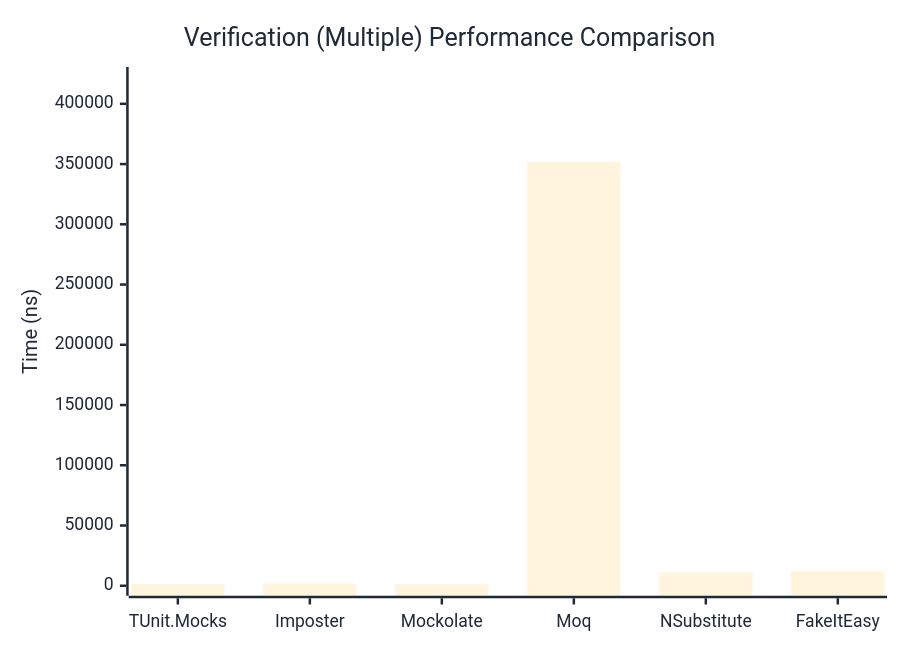
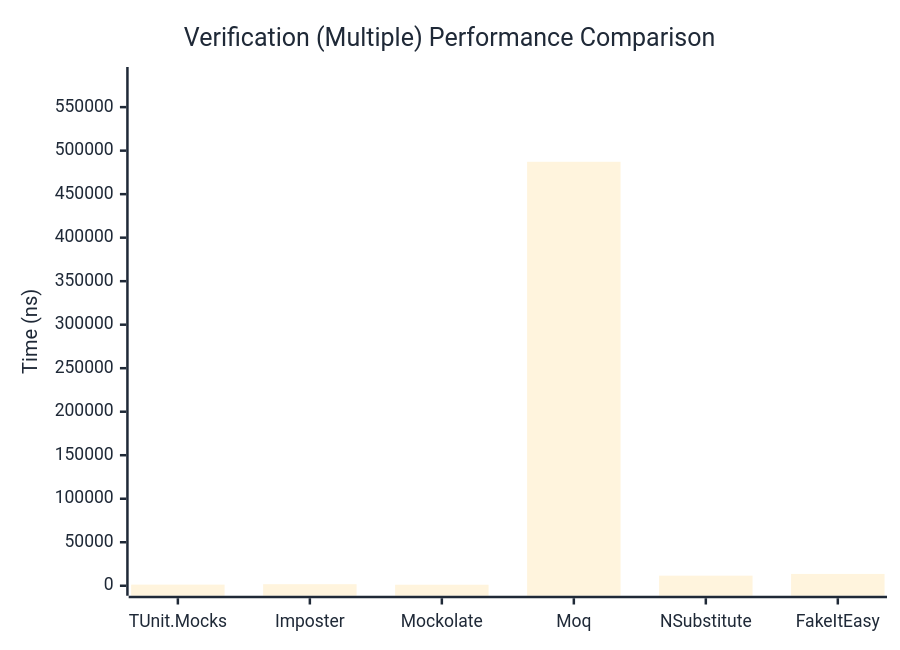
The third of 3 diagrams in docs/docs/benchmarks/mocks/Verification.md (thomhurst/TUnit), drawn with Mermaid before and after one commit. The commit also changed other lines of this file and 14 other files, not shown here.

````diff
--- a/docs/docs/benchmarks/mocks/Verification.md
+++ b/docs/docs/benchmarks/mocks/Verification.md
@@ -112,27 +112,27 @@
 ```mermaid
 %%{init: {
   'theme':'base',
   'themeVariables': {
     'primaryColor': '#2563eb',
     'primaryTextColor': '#1f2937',
     'primaryBorderColor': '#1e40af',
     'lineColor': '#6b7280',
     'secondaryColor': '#7c3aed',
     'tertiaryColor': '#dc2626',
     'background': '#ffffff',
     'pie1': '#2563eb',
     'pie2': '#7c3aed',
     'pie3': '#dc2626',
     'pie4': '#f59e0b',
     'pie5': '#10b981',
     'pie6': '#06b6d4',
     'pie7': '#ec4899',
     'pie8': '#6366f1'
   }
 }}%%
 xychart-beta
   title "Verification (Multiple) Performance Comparison"
   x-axis ["TUnit.Mocks", "Imposter", "Mockolate", "Moq", "NSubstitute", "FakeItEasy"]
-  y-axis "Time (ns)" 0 --> 422262
-  bar [1410, 1866.04, 1230.43, 351884.55, 11315.86, 12311.93]
+  y-axis "Time (ns)" 0 --> 584629
+  bar [1301.98, 1785.47, 1173.1, 487190.24, 11586.49, 13591]
 ```
````
